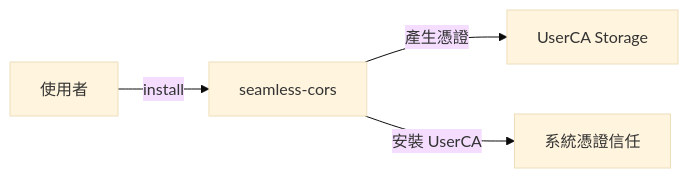
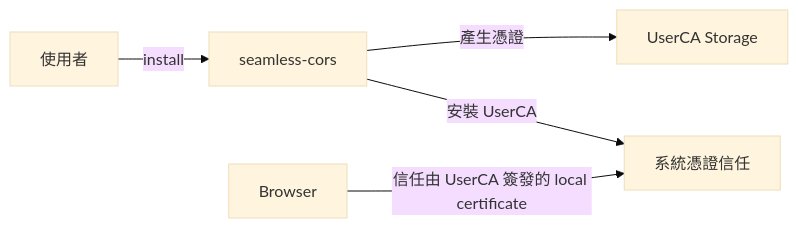
One commit to QzCurious/seamless-cors changed the first of 6 diagrams in diagrams/v3.md. Above: the diagram before and after it, drawn with Mermaid (base theme). The commit also changed other lines of this file and 15 other files, not shown here.

````diff
--- a/diagrams/v3.md
+++ b/diagrams/v3.md
@@ -3,11 +3,13 @@
 ```mermaid
 flowchart LR
   User[使用者]
   SeamlessCors[seamless-cors]
   CAStorage[UserCA Storage]
   SystemTrust[系統憑證信任]
+  Browser[Browser]
 
   User -->|install| SeamlessCors
   SeamlessCors -->|產生憑證| CAStorage
   SeamlessCors -->|安裝 UserCA| SystemTrust
+  Browser -->|信任由 UserCA 簽發的 local certificate| SystemTrust
 ```
````
